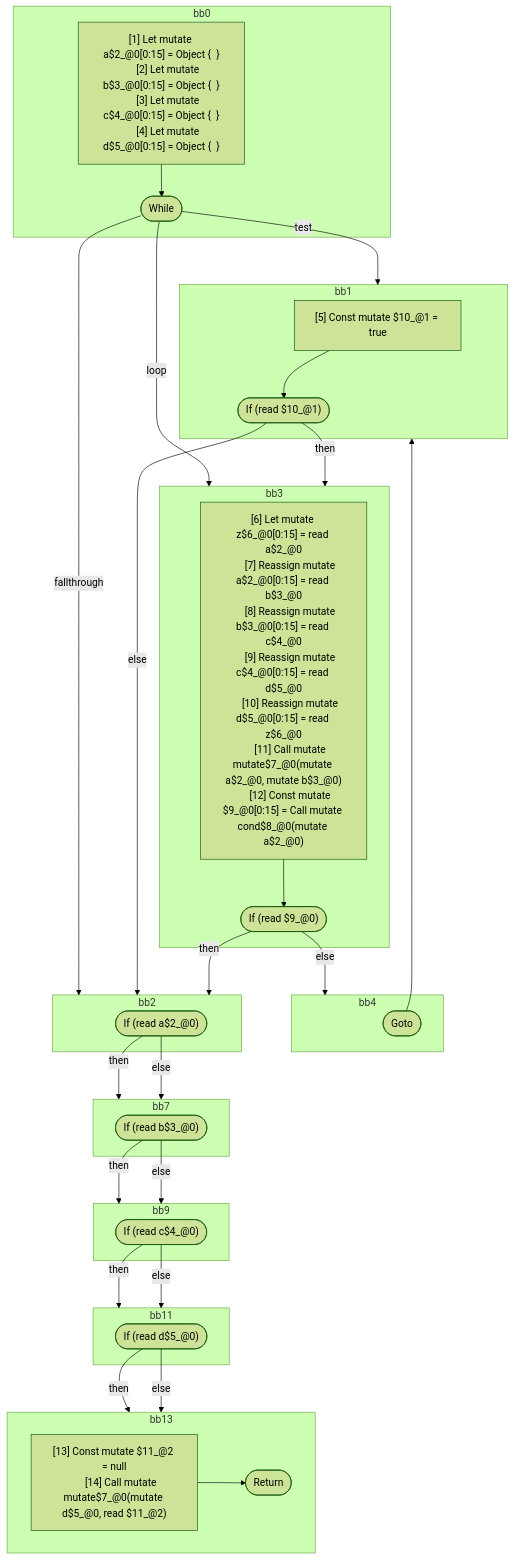
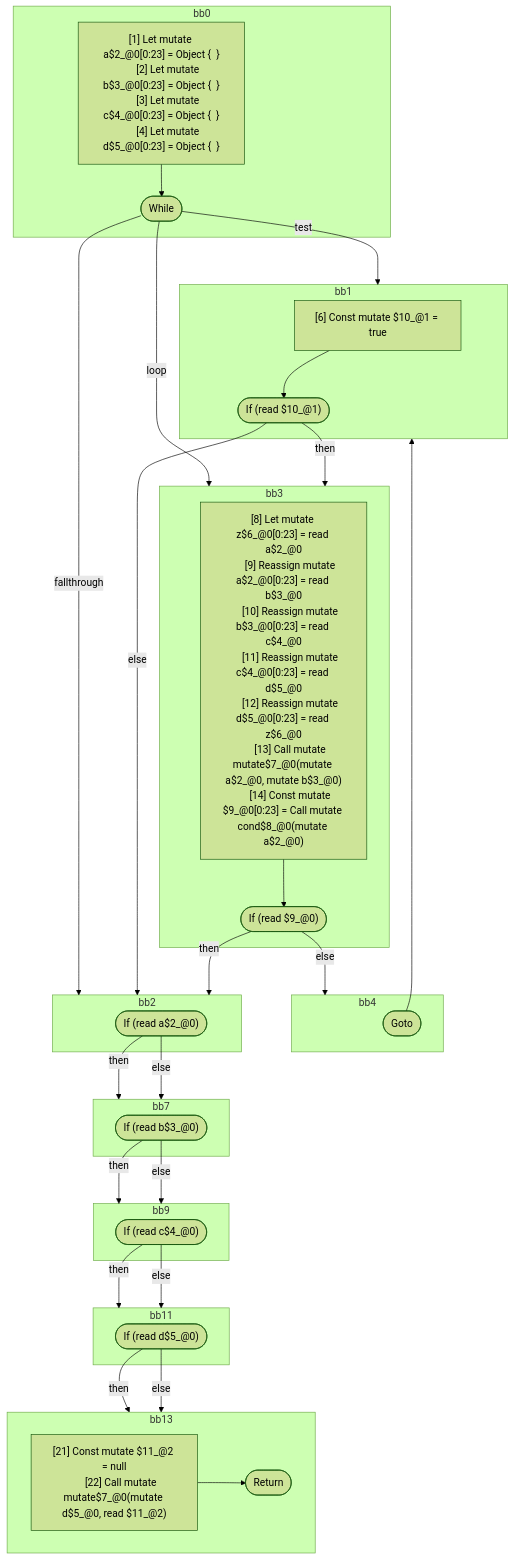
Before and after one commit to wutsmog/private: the third of 3 diagrams in compiler/forget/src/__tests__/fixtures/hir/mutable-lifetime-loops.expect.md, drawn with Mermaid (forest theme). The commit also changed other lines of this file and 61 other files, not shown here.

````diff
--- a/compiler/forget/src/__tests__/fixtures/hir/mutable-lifetime-loops.expect.md
+++ b/compiler/forget/src/__tests__/fixtures/hir/mutable-lifetime-loops.expect.md
@@ -145,72 +145,72 @@
 ```mermaid
 flowchart TB
   %% Basic Blocks
   subgraph bb0
     bb0_instrs["
-      [1] Let mutate a$2_@0[0:15] = Object {  }
-      [2] Let mutate b$3_@0[0:15] = Object {  }
-      [3] Let mutate c$4_@0[0:15] = Object {  }
-      [4] Let mutate d$5_@0[0:15] = Object {  }
+      [1] Let mutate a$2_@0[0:23] = Object {  }
+      [2] Let mutate b$3_@0[0:23] = Object {  }
+      [3] Let mutate c$4_@0[0:23] = Object {  }
+      [4] Let mutate d$5_@0[0:23] = Object {  }
     "]
     bb0_instrs --> bb0_terminal(["While"])
   end
   subgraph bb1
     bb1_instrs["
-      [5] Const mutate $10_@1 = true
+      [6] Const mutate $10_@1 = true
     "]
     bb1_instrs --> bb1_terminal(["If (read $10_@1)"])
   end
   subgraph bb3
     bb3_instrs["
-      [6] Let mutate z$6_@0[0:15] = read a$2_@0
-      [7] Reassign mutate a$2_@0[0:15] = read b$3_@0
-      [8] Reassign mutate b$3_@0[0:15] = read c$4_@0
-      [9] Reassign mutate c$4_@0[0:15] = read d$5_@0
-      [10] Reassign mutate d$5_@0[0:15] = read z$6_@0
-      [11] Call mutate mutate$7_@0(mutate a$2_@0, mutate b$3_@0)
-      [12] Const mutate $9_@0[0:15] = Call mutate cond$8_@0(mutate a$2_@0)
+      [8] Let mutate z$6_@0[0:23] = read a$2_@0
+      [9] Reassign mutate a$2_@0[0:23] = read b$3_@0
+      [10] Reassign mutate b$3_@0[0:23] = read c$4_@0
+      [11] Reassign mutate c$4_@0[0:23] = read d$5_@0
+      [12] Reassign mutate d$5_@0[0:23] = read z$6_@0
+      [13] Call mutate mutate$7_@0(mutate a$2_@0, mutate b$3_@0)
+      [14] Const mutate $9_@0[0:23] = Call mutate cond$8_@0(mutate a$2_@0)
     "]
     bb3_instrs --> bb3_terminal(["If (read $9_@0)"])
   end
   subgraph bb4
     bb4_terminal(["Goto"])
   end
   subgraph bb2
     bb2_terminal(["If (read a$2_@0)"])
   end
   subgraph bb7
     bb7_terminal(["If (read b$3_@0)"])
   end
   subgraph bb9
     bb9_terminal(["If (read c$4_@0)"])
   end
   subgraph bb11
     bb11_terminal(["If (read d$5_@0)"])
   end
   subgraph bb13
     bb13_instrs["
-      [13] Const mutate $11_@2 = null
-      [14] Call mutate mutate$7_@0(mutate d$5_@0, read $11_@2)
+      [21] Const mutate $11_@2 = null
+      [22] Call mutate mutate$7_@0(mutate d$5_@0, read $11_@2)
     "]
     bb13_instrs --> bb13_terminal(["Return"])
   end
 
   %% Jumps
   bb0_terminal -- "test" --> bb1
   bb0_terminal -- "loop" --> bb3
   bb0_terminal -- "fallthrough" --> bb2
   bb1_terminal -- "then" --> bb3
   bb1_terminal -- "else" --> bb2
   bb3_terminal -- "then" --> bb2
   bb3_terminal -- "else" --> bb4
   bb4_terminal --> bb1
   bb2_terminal -- "then" --> bb7
   bb2_terminal -- "else" --> bb7
   bb7_terminal -- "then" --> bb9
   bb7_terminal -- "else" --> bb9
   bb9_terminal -- "then" --> bb11
   bb9_terminal -- "else" --> bb11
   bb11_terminal -- "then" --> bb13
   bb11_terminal -- "else" --> bb13
 
 ```
````
